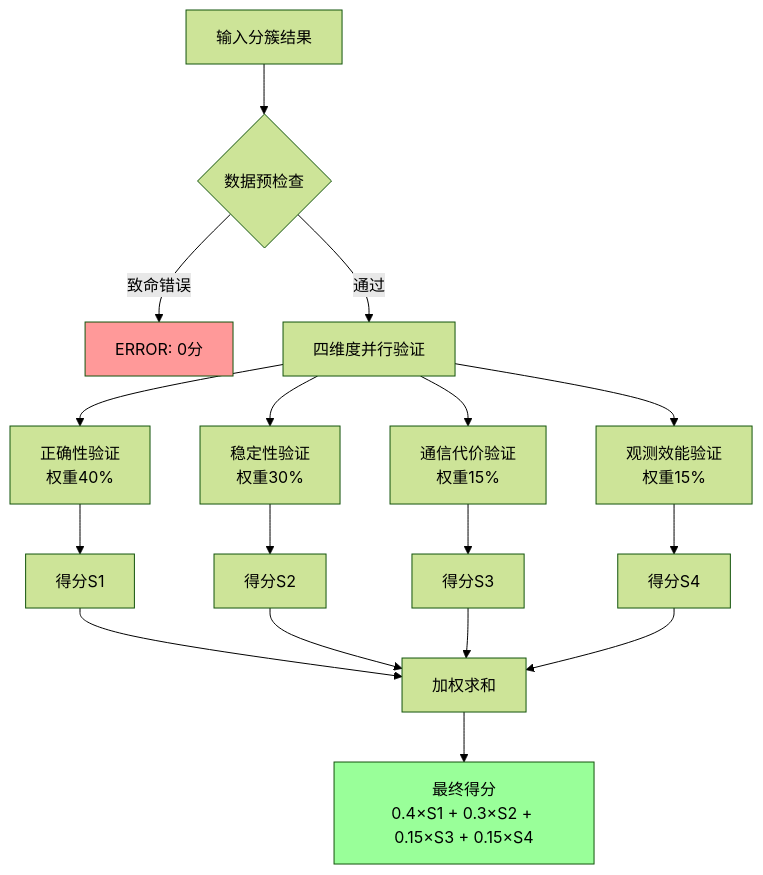
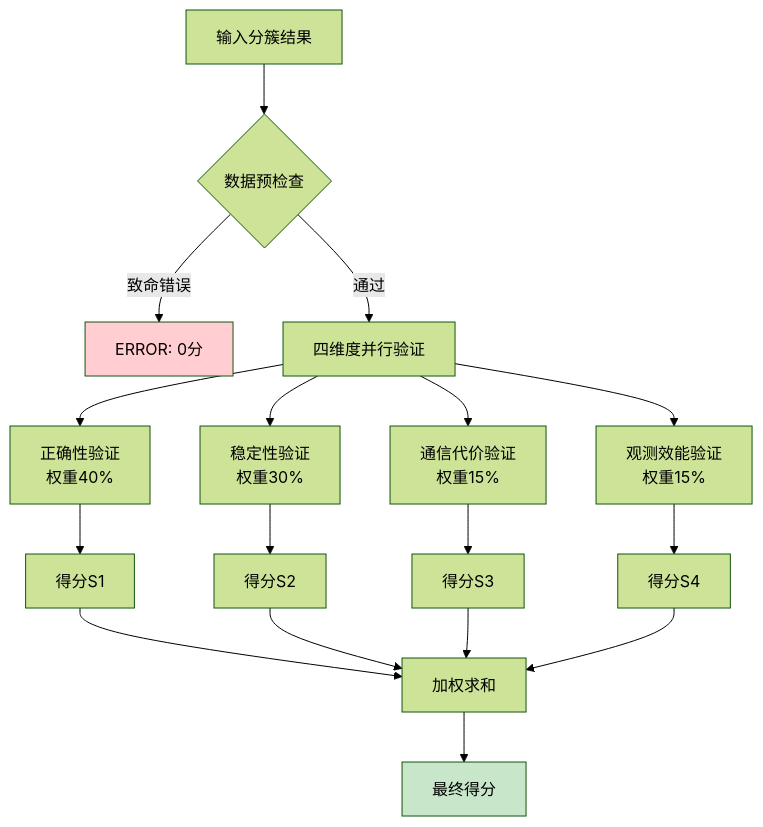
The first of 30 diagrams in distill/VALIDATION_REPORT.md (sneiiler/stk_gen), drawn with Mermaid (forest theme) before and after one commit. The commit also changed other lines of this file, not shown here.

````diff
--- a/distill/VALIDATION_REPORT.md
+++ b/distill/VALIDATION_REPORT.md
@@ -23,26 +33,26 @@
 ```mermaid
 flowchart TD
     A[输入分簇结果] --> B{数据预检查}
     B -->|致命错误| F[ERROR: 0分]
     B -->|通过| C[四维度并行验证]
     
     C --> D1[正确性验证<br/>权重40%]
     C --> D2[稳定性验证<br/>权重30%]
     C --> D3[通信代价验证<br/>权重15%]
     C --> D4[观测效能验证<br/>权重15%]
     
     D1 --> E1[得分S1]
     D2 --> E2[得分S2]
     D3 --> E3[得分S3]
     D4 --> E4[得分S4]
     
     E1 --> G[加权求和]
     E2 --> G
     E3 --> G
     E4 --> G
     
-    G --> H[最终得分<br/>0.4×S1 + 0.3×S2 + 0.15×S3 + 0.15×S4]
+    G --> H[最终得分]
     
-    style F fill:#ff9999
-    style H fill:#99ff99
+    style F fill:#ffcdd2
+    style H fill:#c8e6c9
 ```
````
